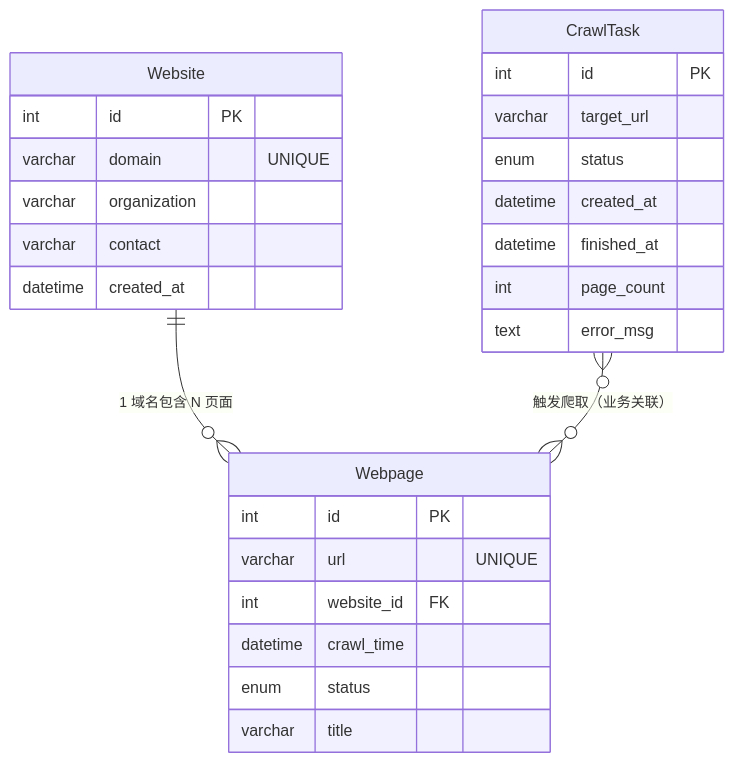
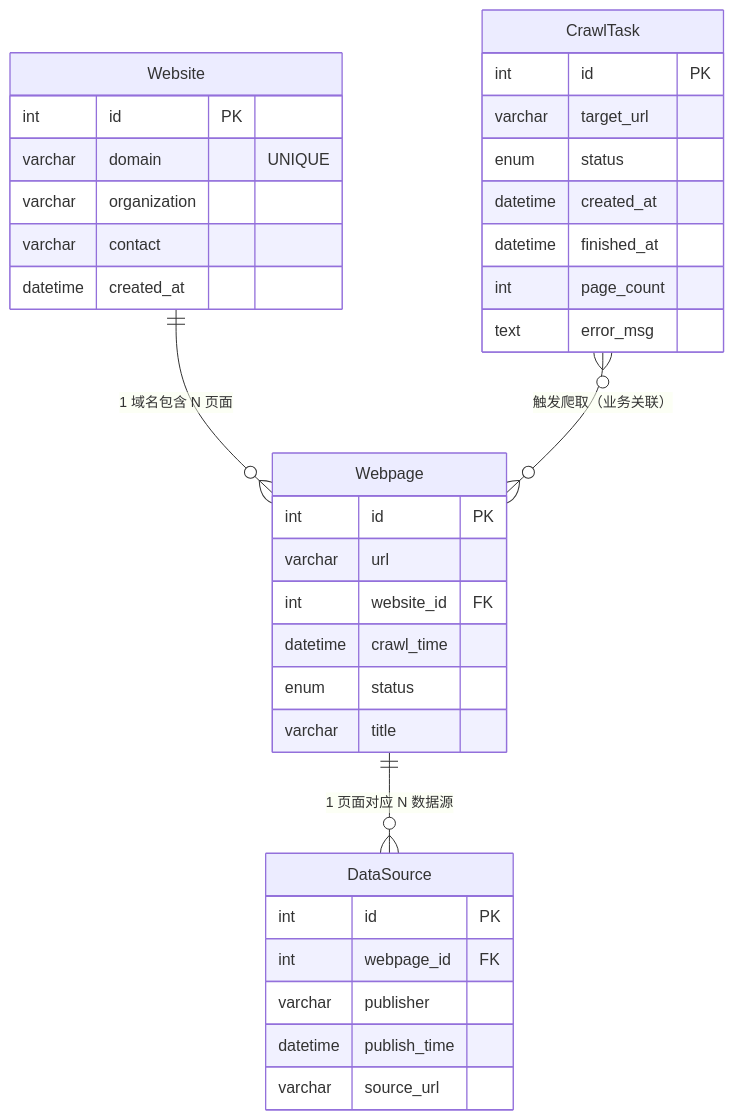
One commit to wtanjo/database-project changed the diagram in README.md. Above: the diagram before and after it, drawn with Mermaid. The commit also changed other lines of this file, not shown here.

````diff
--- a/README.md
+++ b/README.md
@@ -55,32 +51,41 @@
 ```mermaid
 erDiagram
     CrawlTask {
         int       id          PK
         varchar   target_url
         enum      status
         datetime  created_at
         datetime  finished_at
         int       page_count
         text      error_msg
     }
 
     Website {
         int       id           PK
         varchar   domain       "UNIQUE"
         varchar   organization
         varchar   contact
         datetime  created_at
     }
 
     Webpage {
         int       id          PK
-        varchar   url         "UNIQUE"
+        varchar   url
         int       website_id  FK
         datetime  crawl_time
         enum      status
         varchar   title
     }
 
+    DataSource {
+        int       id          PK
+        int       webpage_id  FK
+        varchar   publisher
+        datetime  publish_time
+        varchar   source_url
+    }
+
     Website ||--o{ Webpage : "1 域名包含 N 页面"
+    Webpage ||--o{ DataSource : "1 页面对应 N 数据源"
     CrawlTask }o--o{ Webpage : "触发爬取（业务关联）"
 ```
````
